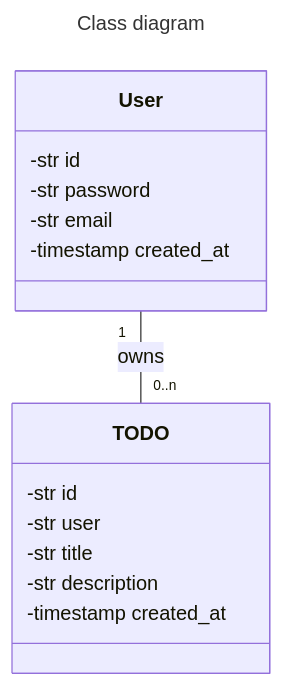
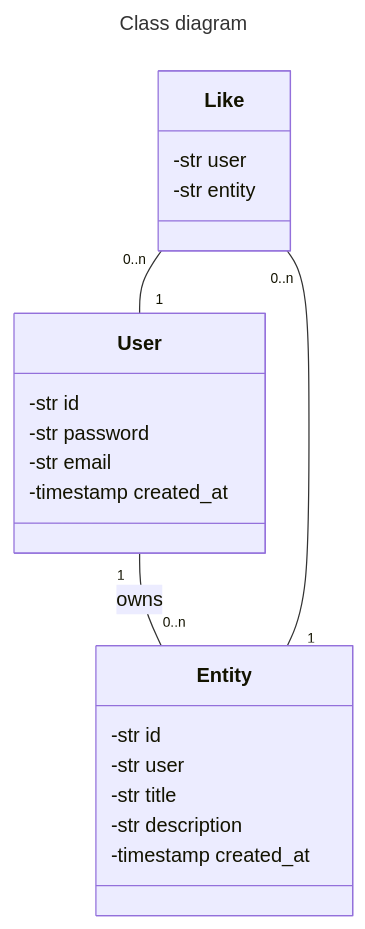
Before and after one commit to GabrielRGBQ/entities: the diagram in diagrams/class_diagram.mmd, drawn with Mermaid. The commit also changed 1 other file, not shown here.

Commit message:
Update diagrams

```diff
--- a/diagrams/class_diagram.mmd
+++ b/diagrams/class_diagram.mmd
@@ -1,18 +1,24 @@
 ---
 title: Class diagram
 ---
 classDiagram
-    User "1"--"0..n"TODO : owns
+    User "1"--"0..n"Entity : owns
+    Like "0..n"--"1"User 
+    Like "0..n"--"1"Entity 
     class User{
         -str id
         -str password
         -str email
         -timestamp created_at
     }
-    class TODO{
+    class Entity{
         -str id
         -str user
         -str title
         -str description
         -timestamp created_at
     }
+    class Like{
+        -str user
+        -str entity
+    }
```
